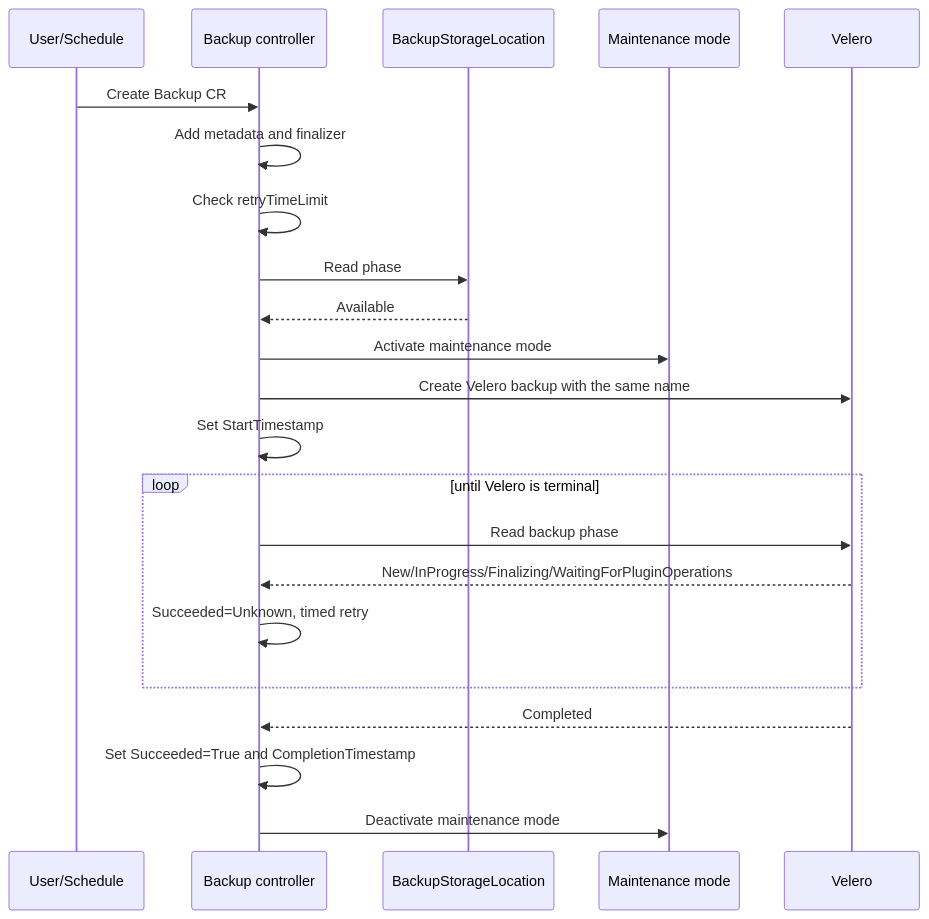
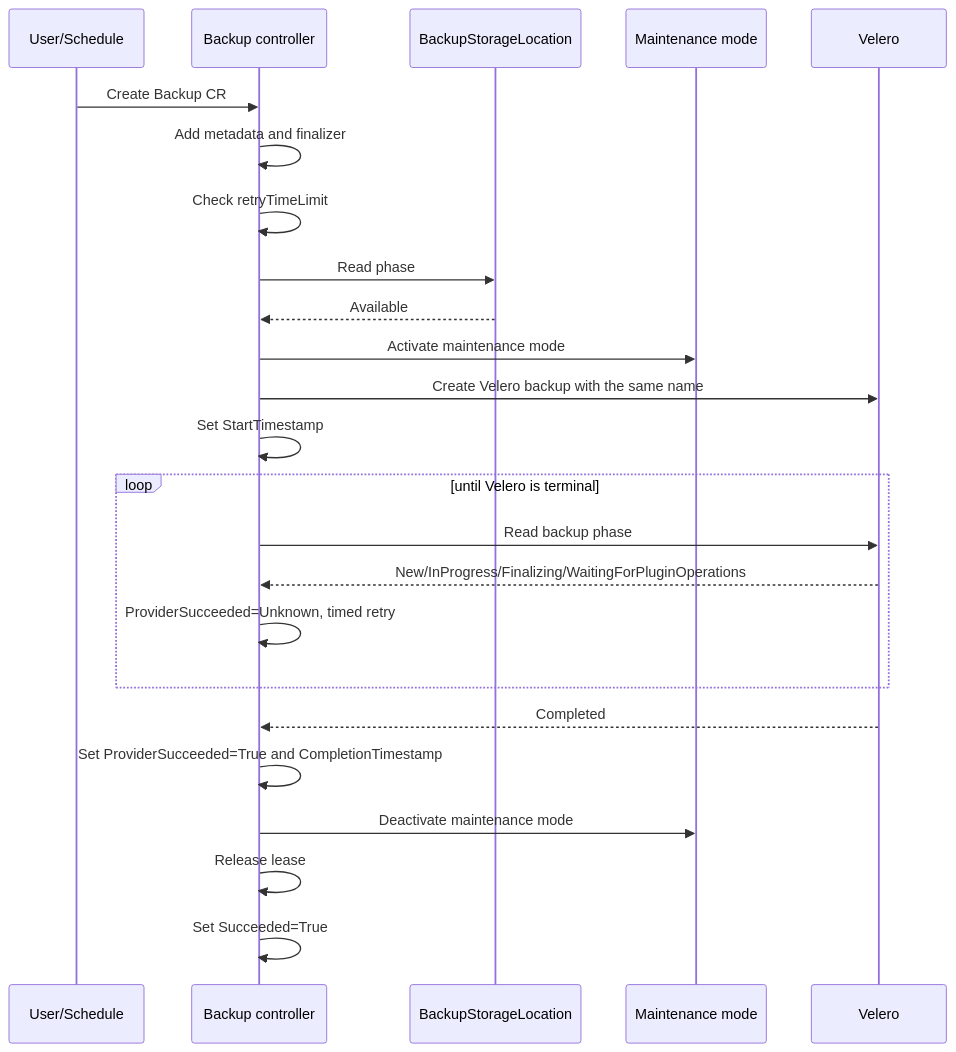
Before and after one commit to cloudogu/k8s-backup-operator: the first of 4 diagrams in docs/development/backup/backup_process_en.md, drawn with Mermaid. The commit also changed other lines of this file and 3 other files, not shown here.

````diff
--- a/docs/development/backup/backup_process_en.md
+++ b/docs/development/backup/backup_process_en.md
@@ -48,25 +70,27 @@
 ```mermaid
 sequenceDiagram
     participant U as User/Schedule
     participant B as Backup controller
     participant S as BackupStorageLocation
     participant M as Maintenance mode
     participant V as Velero
 
     U->>B: Create Backup CR
     B->>B: Add metadata and finalizer
     B->>B: Check retryTimeLimit
     B->>S: Read phase
     S-->>B: Available
     B->>M: Activate maintenance mode
     B->>V: Create Velero backup with the same name
     B->>B: Set StartTimestamp
     loop until Velero is terminal
         B->>V: Read backup phase
         V-->>B: New/InProgress/Finalizing/WaitingForPluginOperations
-        B->>B: Succeeded=Unknown, timed retry
+        B->>B: ProviderSucceeded=Unknown, timed retry
     end
     V-->>B: Completed
-    B->>B: Set Succeeded=True and CompletionTimestamp
+    B->>B: Set ProviderSucceeded=True and CompletionTimestamp
     B->>M: Deactivate maintenance mode
+    B->>B: Release lease
+    B->>B: Set Succeeded=True
 ```
````
